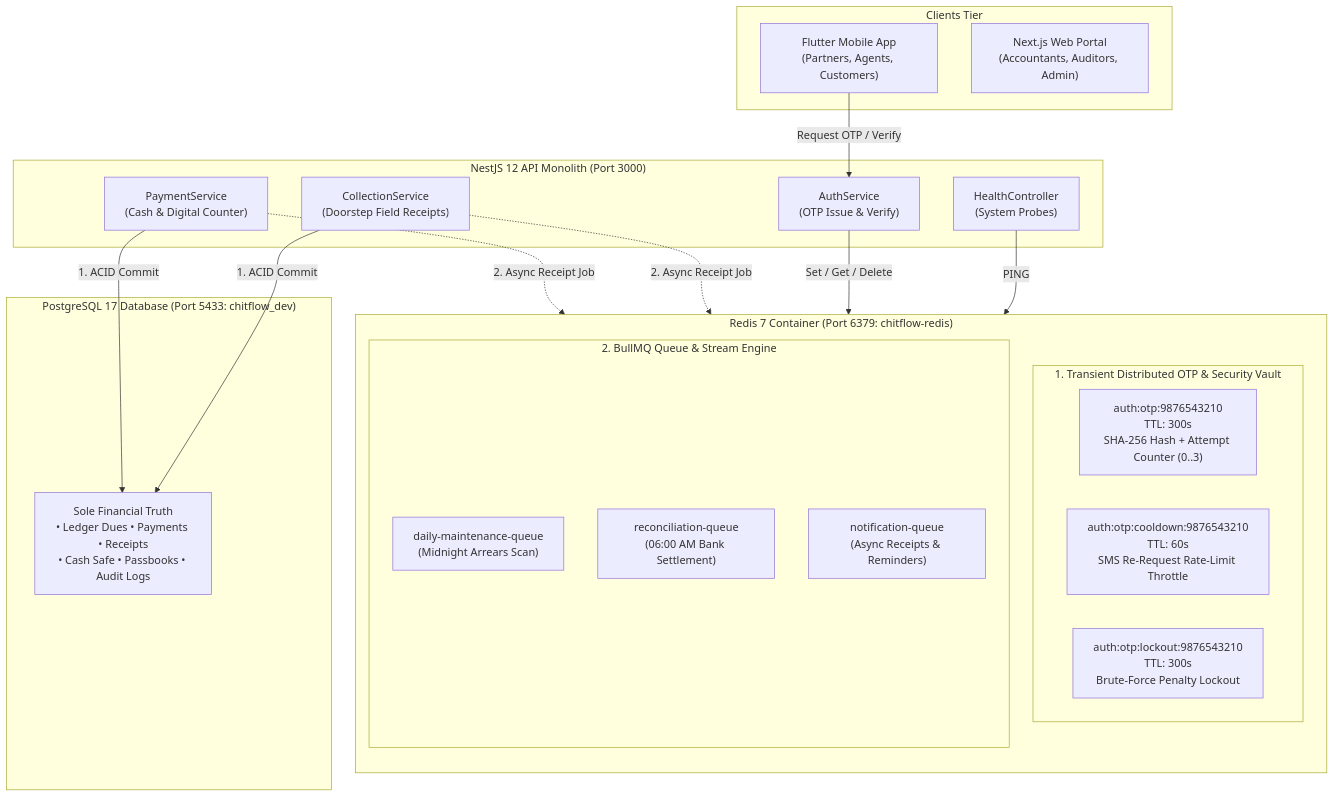
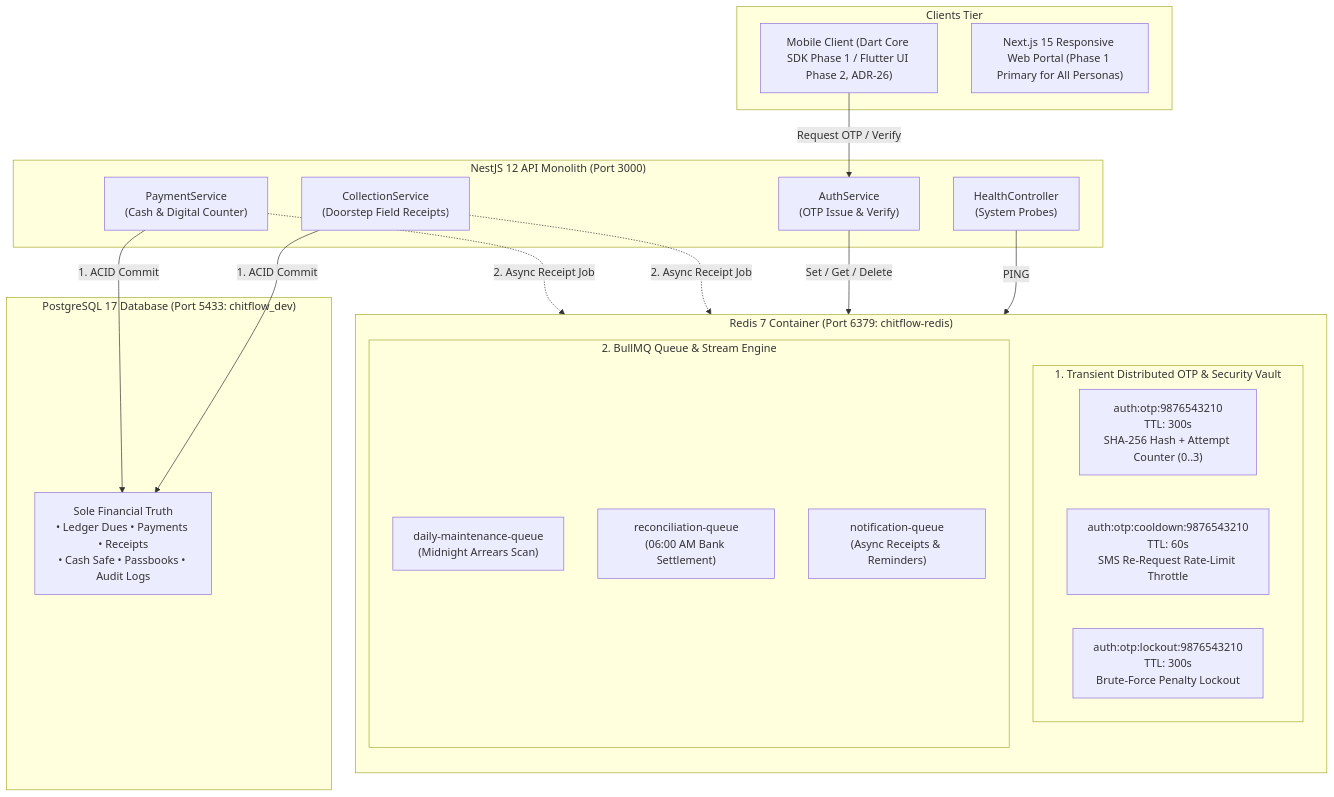
One commit to Kathir-24/Kumaran-finance changed the diagram in docs/03-architecture/redis-architecture.md. Above: the diagram before and after it, drawn with Mermaid. The commit also changed other lines of this file and 4 other files, not shown here.

````diff
--- a/docs/03-architecture/redis-architecture.md
+++ b/docs/03-architecture/redis-architecture.md
@@ -36,40 +36,40 @@
 ```mermaid
 flowchart TD
     subgraph CLIENTS ["Clients Tier"]
-        Mobile["Flutter Mobile App\n(Partners, Agents, Customers)"]
-        Web["Next.js Web Portal\n(Accountants, Auditors, Admin)"]
+        Mobile["Mobile Client (Dart Core SDK Phase 1 / Flutter UI Phase 2, ADR-26)"]
+        Web["Next.js 15 Responsive Web Portal (Phase 1 Primary for All Personas)"]
     end
 
     subgraph API ["NestJS 12 API Monolith (Port 3000)"]
         AuthSvc["AuthService\n(OTP Issue & Verify)"]
         PaymentSvc["PaymentService\n(Cash & Digital Counter)"]
         CollectionSvc["CollectionService\n(Doorstep Field Receipts)"]
         HealthSvc["HealthController\n(System Probes)"]
     end
 
     subgraph REDIS_STORE ["Redis 7 Container (Port 6379: chitflow-redis)"]
         direction TB
         subgraph OTP_VAULT ["1. Transient Distributed OTP & Security Vault"]
             OTPKey["auth:otp:9876543210\nTTL: 300s\nSHA-256 Hash + Attempt Counter (0..3)"]
             CoolKey["auth:otp:cooldown:9876543210\nTTL: 60s\nSMS Re-Request Rate-Limit Throttle"]
             LockKey["auth:otp:lockout:9876543210\nTTL: 300s\nBrute-Force Penalty Lockout"]
         end
         subgraph BULLMQ_STORE ["2. BullMQ Queue & Stream Engine"]
             Q1["daily-maintenance-queue\n(Midnight Arrears Scan)"]
             Q2["reconciliation-queue\n(06:00 AM Bank Settlement)"]
             Q3["notification-queue\n(Async Receipts & Reminders)"]
         end
     end
 
     subgraph PG_AUTHORITY ["PostgreSQL 17 Database (Port 5433: chitflow_dev)"]
         PG["Sole Financial Truth\n• Ledger Dues • Payments • Receipts\n• Cash Safe • Passbooks • Audit Logs"]
     end
 
     Mobile -->|Request OTP / Verify| AuthSvc
     AuthSvc -->|Set / Get / Delete| OTP_VAULT
     PaymentSvc -->|1. ACID Commit| PG
     PaymentSvc -.->|2. Async Receipt Job| Q3
     CollectionSvc -->|1. ACID Commit| PG
     CollectionSvc -.->|2. Async Receipt Job| Q3
     HealthSvc -->|PING| REDIS_STORE
 ```
````
